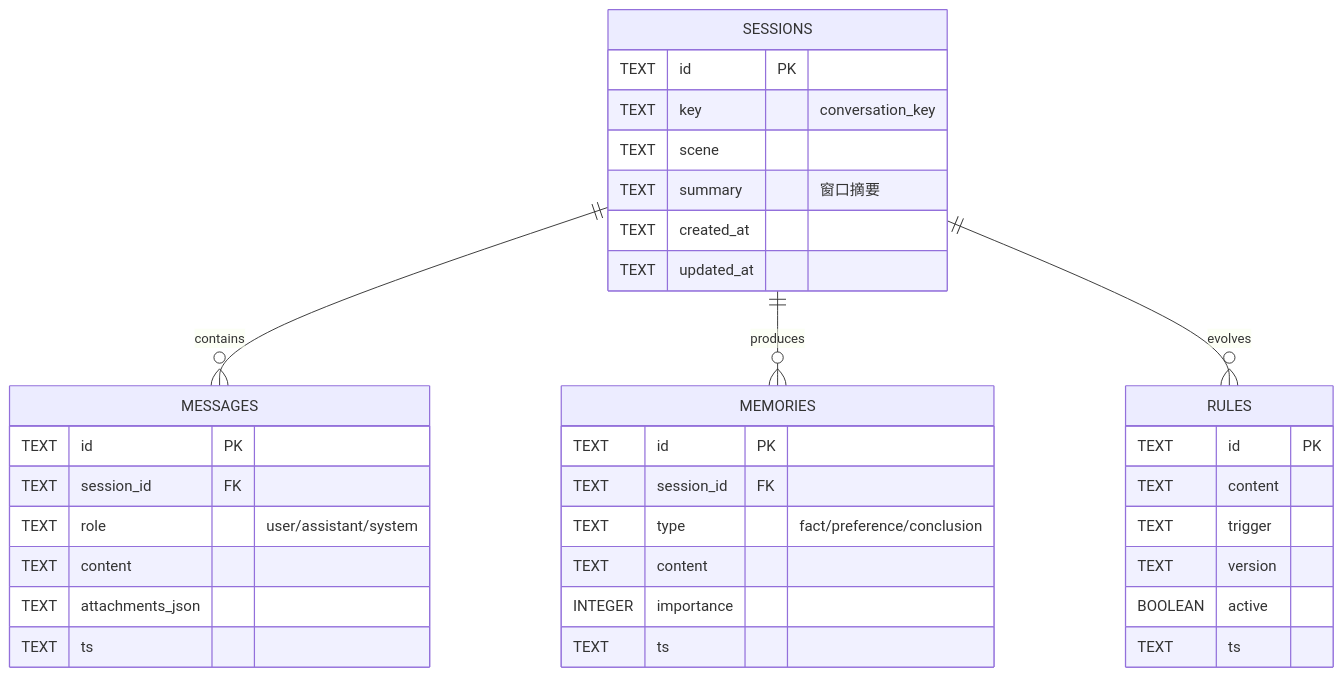
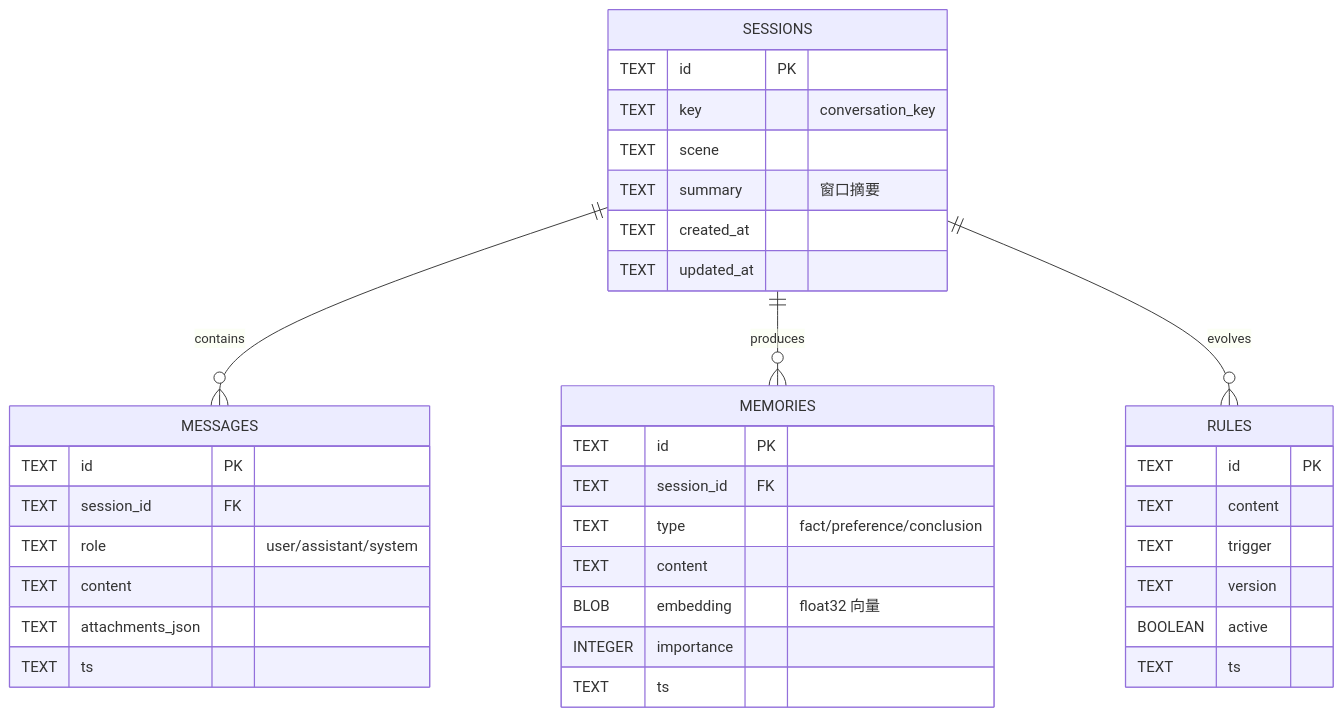
One commit to Gove2004/GGBot changed the fifth of 5 diagrams in docs/实施方案.md. Above: the diagram before and after it, drawn with Mermaid. The commit also changed other lines of this file and 13 other files, not shown here.

````diff
--- a/docs/实施方案.md
+++ b/docs/实施方案.md
@@ -293,38 +311,39 @@
 ```mermaid
 erDiagram
     SESSIONS ||--o{ MESSAGES : contains
     SESSIONS ||--o{ MEMORIES : produces
     SESSIONS ||--o{ RULES : evolves
     SESSIONS {
         TEXT id PK
         TEXT key "conversation_key"
         TEXT scene
         TEXT summary "窗口摘要"
         TEXT created_at
         TEXT updated_at
     }
     MESSAGES {
         TEXT id PK
         TEXT session_id FK
         TEXT role "user/assistant/system"
         TEXT content
         TEXT attachments_json
         TEXT ts
     }
     MEMORIES {
         TEXT id PK
         TEXT session_id FK
         TEXT type "fact/preference/conclusion"
         TEXT content
+        BLOB embedding "float32 向量"
         INTEGER importance
         TEXT ts
     }
     RULES {
         TEXT id PK
         TEXT content
         TEXT trigger
         TEXT version
         BOOLEAN active
         TEXT ts
     }
 ```
````
